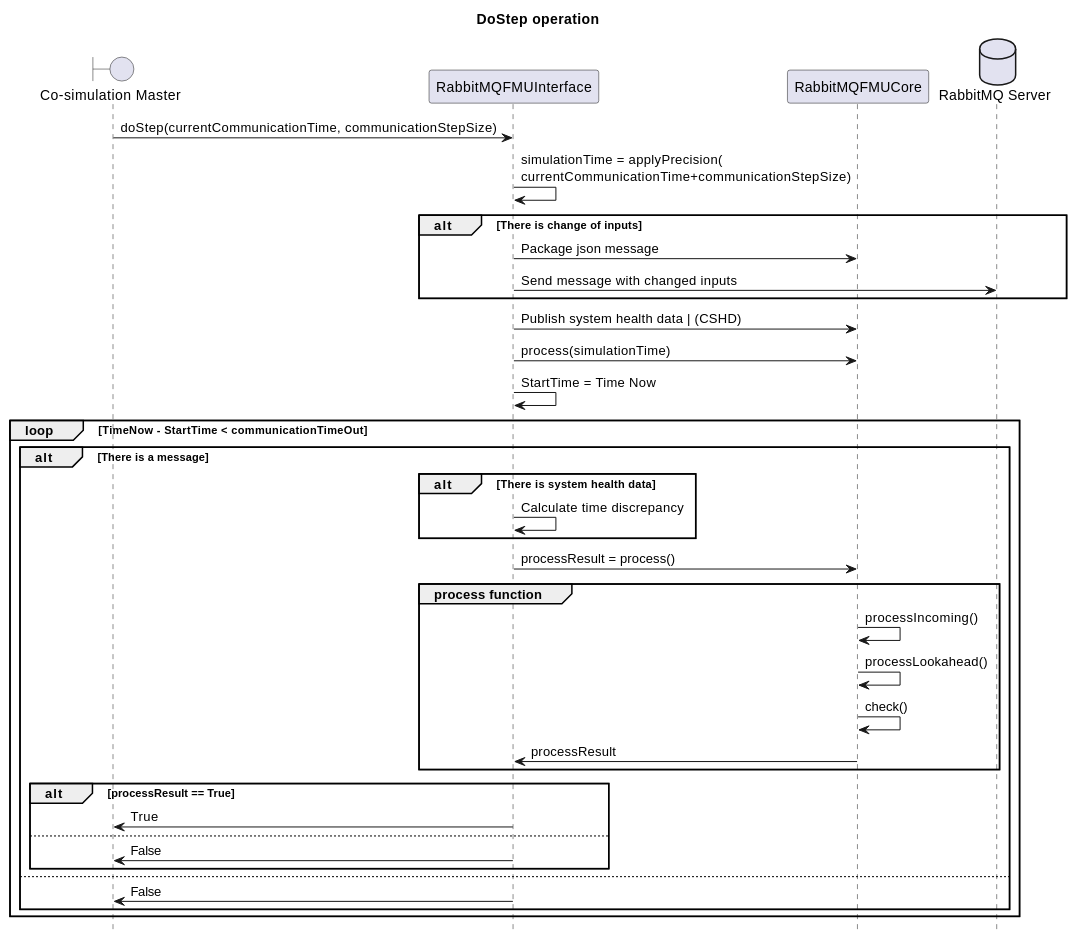
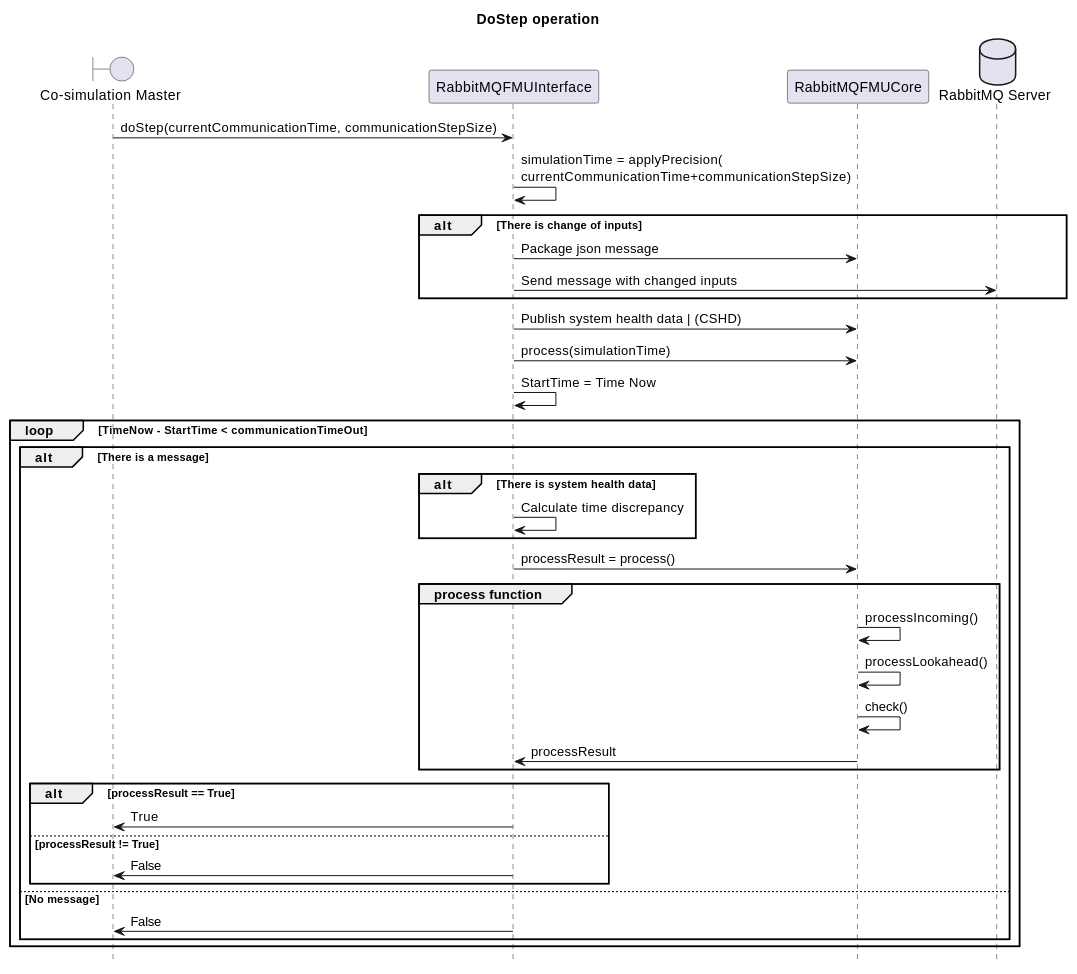
The third of 3 diagrams in docs/data-handling.rst (INTO-CPS-Association/fmu-rabbitmq), drawn with PlantUML before and after one commit.

```diff
--- a/docs/data-handling.rst
+++ b/docs/data-handling.rst
@@ -117,42 +117,42 @@
 .. uml::
 
     title DoStep operation
     hide footbox
 
     boundary "Co-simulation Master" as Master
     participant RabbitMQFMUInterface as FMUI
     participant RabbitMQFMUCore as FMUC
     database "RabbitMQ Server" as server
 
 
     Master -> FMUI: doStep(currentCommunicationTime, communicationStepSize)
     FMUI -> FMUI: simulationTime = applyPrecision(\ncurrentCommunicationTime+communicationStepSize)
     alt There is change of inputs
         FMUI -> FMUC: Package json message
         FMUI -> server: Send message with changed inputs
     end
     FMUI -> FMUC: Publish system health data | (CSHD)
     FMUI -> FMUC: process(simulationTime)
     FMUI -> FMUI: StartTime = Time Now
     loop TimeNow - StartTime < communicationTimeOut
         alt There is a message
             alt There is system health data
                FMUI -> FMUI: Calculate time discrepancy
             end
             
             FMUI -> FMUC: processResult = process()
             group process function
                  FMUC -> FMUC: processIncoming()
                  FMUC -> FMUC: processLookahead()
                  FMUC -> FMUC: check()
                  FMUC -> FMUI: processResult
             end
             alt processResult == True
                 FMUI -> Master: True
-            else
+            else processResult != True
                 FMUI -> Master: False
             end
-        else
+        else No message
             FMUI -> Master: False
         end
     end
```
